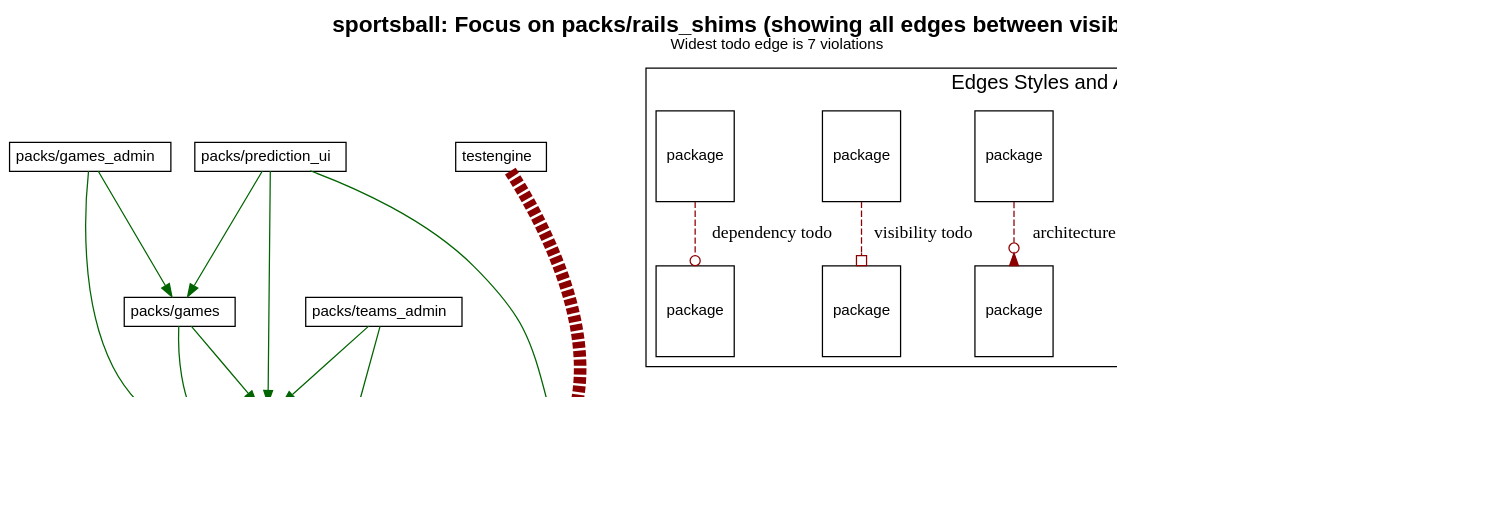
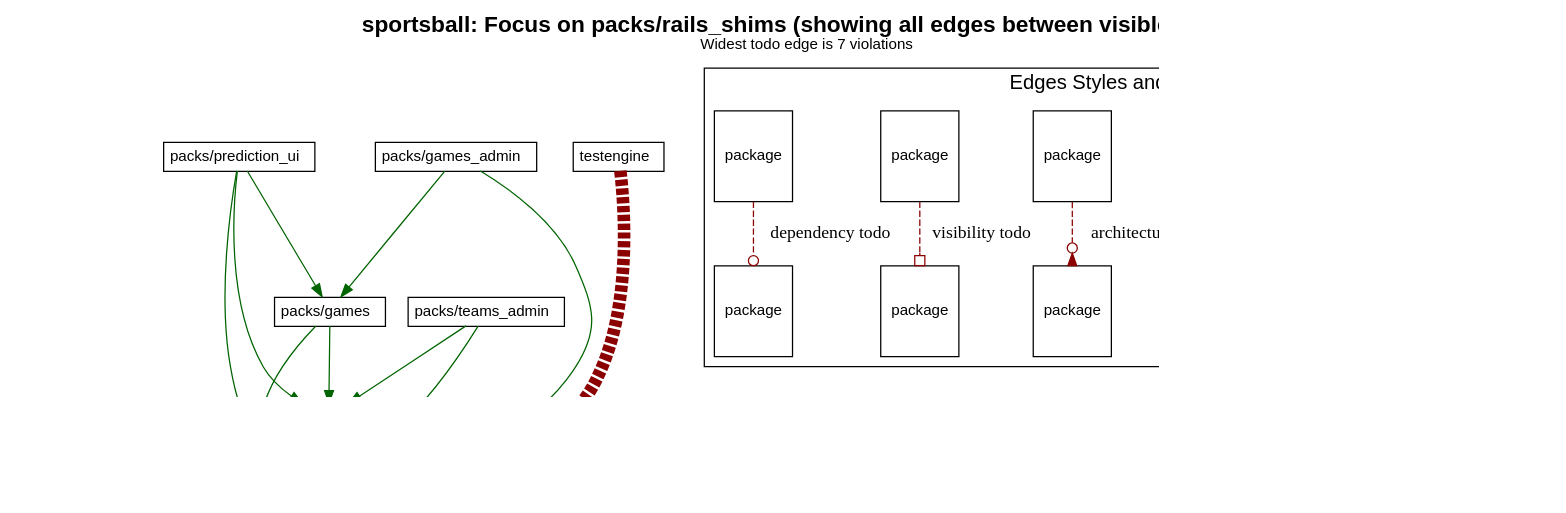
One commit to shageman/package-based-rails-applications-book changed the diagram in c3s01/sportsball/diagrams/packs_rails_shims.dot. Above: the diagram before and after it, drawn with Graphviz. The commit also changed other lines of this file and 496 other files, not shown here.

Commit message:
Update package diagrams

```diff
--- a/c3s01/sportsball/diagrams/packs_rails_shims.dot
+++ b/c3s01/sportsball/diagrams/packs_rails_shims.dot
@@ -1,142 +1,142 @@
 digraph package_diagram {
   rankdir=TD
   graph [
     labelloc="t"
     fontname="Helvetica,Arial,sans-serif"
     dpi=100
     layout=dot
     label=<<b>sportsball: Focus on packs/rails_shims (showing all edges between visible packs)</b><br/><font point-size='12'>Widest todo edge is 7 violations</font>>
     fontsize=18
   ]
   node [
     fontname="Helvetica,Arial,sans-serif"
     fontsize=26.0
     fontcolor=black
     fillcolor=white
     color=black
     height=1.0
     style=filled
     shape=plain
   ]
     subgraph NotInLayer {
       shape=box
       color=darkgrey
       fillcolor=lightblue
       style=filled
         cluster=false
-        "packs/rails_shims" [
-            fontsize=18.0
+        "packs/games" [
+            fontsize=12.0
             label= <
                 <table border='0' cellborder='1' cellspacing='0' cellpadding='4'>
-                  <tr> <td align='left'> packs/rails_shims </td> </tr>
+                  <tr> <td align='left'> packs/games </td> </tr>
+                </table>
+              >
+          ]
+        
+        "packs/games_admin" [
+            fontsize=12.0
+            label= <
+                <table border='0' cellborder='1' cellspacing='0' cellpadding='4'>
+                  <tr> <td align='left'> packs/games_admin </td> </tr>
                 </table>
               >
           ]
         
         "packs/prediction_ui" [
             fontsize=12.0
             label= <
                 <table border='0' cellborder='1' cellspacing='0' cellpadding='4'>
                   <tr> <td align='left'> packs/prediction_ui </td> </tr>
                 </table>
               >
           ]
         
-        "packs/games_admin" [
+        "packs/rails_shims" [
+            fontsize=18.0
+            label= <
+                <table border='0' cellborder='1' cellspacing='0' cellpadding='4'>
+                  <tr> <td align='left'> packs/rails_shims </td> </tr>
+                </table>
+              >
+          ]
+        
+        "packs/teams" [
             fontsize=12.0
             label= <
                 <table border='0' cellborder='1' cellspacing='0' cellpadding='4'>
-                  <tr> <td align='left'> packs/games_admin </td> </tr>
+                  <tr> <td align='left'> packs/teams </td> </tr>
                 </table>
               >
           ]
         
         "packs/teams_admin" [
             fontsize=12.0
             label= <
                 <table border='0' cellborder='1' cellspacing='0' cellpadding='4'>
                   <tr> <td align='left'> packs/teams_admin </td> </tr>
                 </table>
               >
           ]
         
         "packs/welcome_ui" [
             fontsize=12.0
             label= <
                 <table border='0' cellborder='1' cellspacing='0' cellpadding='4'>
                   <tr> <td align='left'> packs/welcome_ui </td> </tr>
                 </table>
               >
           ]
         
-        "packs/games" [
-            fontsize=12.0
-            label= <
-                <table border='0' cellborder='1' cellspacing='0' cellpadding='4'>
-                  <tr> <td align='left'> packs/games </td> </tr>
-                </table>
-              >
-          ]
-        
-        "packs/teams" [
-            fontsize=12.0
-            label= <
-                <table border='0' cellborder='1' cellspacing='0' cellpadding='4'>
-                  <tr> <td align='left'> packs/teams </td> </tr>
-                </table>
-              >
-          ]
-        
         "testengine" [
             fontsize=12.0
             label= <
                 <table border='0' cellborder='1' cellspacing='0' cellpadding='4'>
                   <tr> <td align='left'> testengine </td> </tr>
                 </table>
               >
           ]
         
     }
+          "packs/games" -> "packs/rails_shims" [ color=darkgreen ]
+          "packs/games" -> "packs/teams" [ color=darkgreen ]
+          "packs/games_admin" -> "packs/games" [ color=darkgreen ]
+          "packs/games_admin" -> "packs/rails_shims" [ color=darkgreen ]
           "packs/prediction_ui" -> "packs/games" [ color=darkgreen ]
           "packs/prediction_ui" -> "packs/rails_shims" [ color=darkgreen ]
           "packs/prediction_ui" -> "packs/teams" [ color=darkgreen ]
-          "packs/games_admin" -> "packs/games" [ color=darkgreen ]
-          "packs/games_admin" -> "packs/rails_shims" [ color=darkgreen ]
+          "packs/teams" -> "packs/rails_shims" [ color=darkgreen ]
           "packs/teams_admin" -> "packs/rails_shims" [ color=darkgreen ]
           "packs/teams_admin" -> "packs/teams" [ color=darkgreen ]
           "packs/welcome_ui" -> "packs/rails_shims" [ color=darkgreen ]
-          "packs/games" -> "packs/rails_shims" [ color=darkgreen ]
-          "packs/games" -> "packs/teams" [ color=darkgreen ]
-          "packs/teams" -> "packs/rails_shims" [ color=darkgreen ]
             "testengine" -> "packs/rails_shims" [ color=darkred style=dashed
               constraint=false
               # headlabel="dependency"
                 arrowhead=odot
               penwidth=10            ]
   subgraph cluster_legend {
     fontsize=16
     label="Edges Styles and Arrow Heads"
     A [ fontsize=12 shape=box label="package"]
     B [ fontsize=12 shape=box label="package"]
     C [ fontsize=12 shape=box label="package"]
     D [ fontsize=12 shape=box label="package"]
     E [ fontsize=12 shape=box label="package"]
     F [ fontsize=12 shape=box label="package"]
     G [ fontsize=12 shape=box label="package"]
     H [ fontsize=12 shape=box label="package"]
     I [ fontsize=12 shape=box label="package"]
     J [ fontsize=12 shape=box label="package"]
     A -> B [label="accepted dependency" color=darkgreen]
     C -> D [label="privac todo" color=darkred style=dashed arrowhead=crow]
     E -> F [label="architecture todo" color=darkred style=dashed arrowhead=invodot]
     G -> H [label="visibility todo" color=darkred style=dashed arrowhead=obox]
     I -> J [label="dependency todo" color=darkred style=dashed arrowhead=odot]
   }
   subgraph cluster_teams_legend {
     fontsize=16
     label="Team Colors"
 
 
   }
   J -> "" [style=invis]
 }
```
